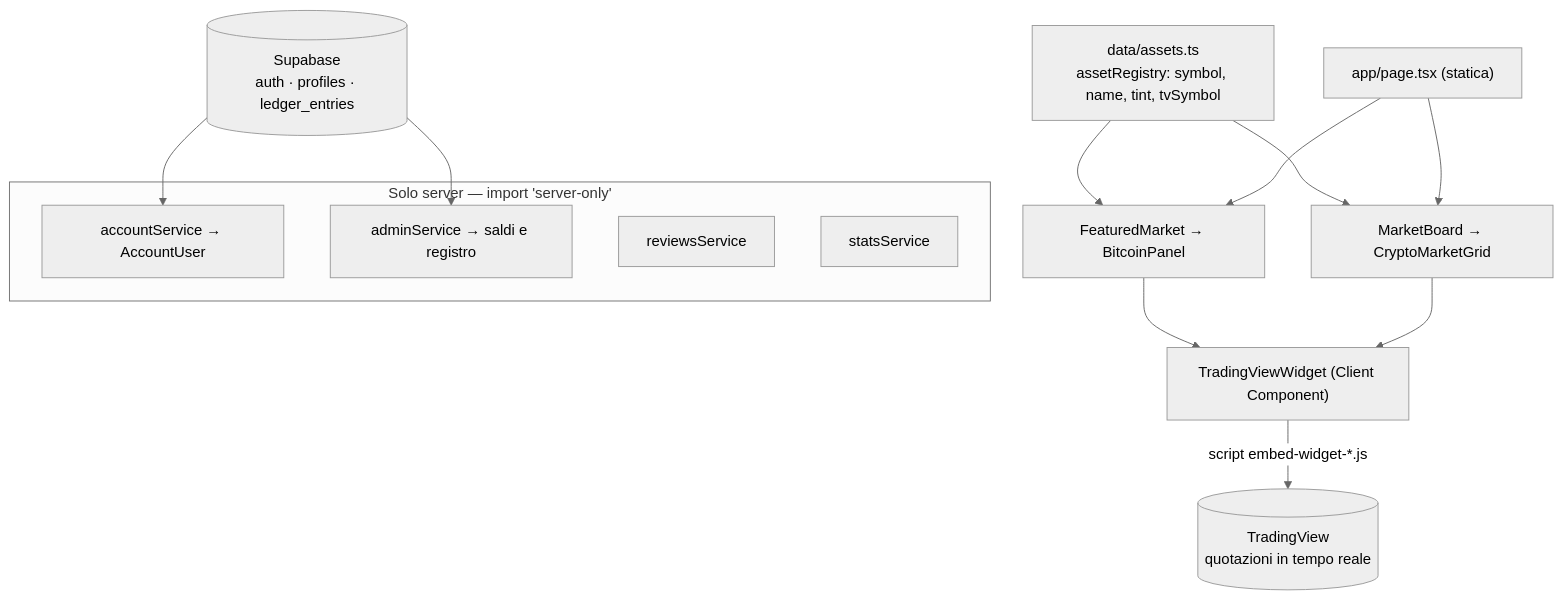
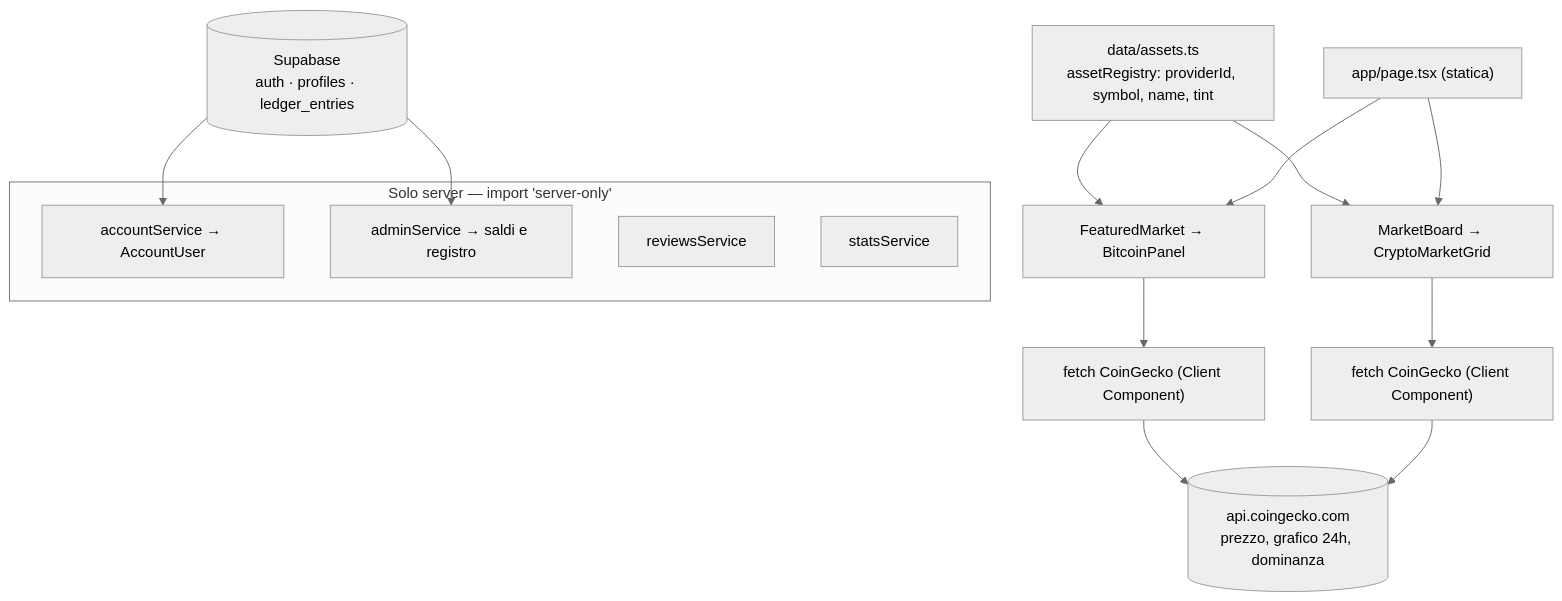
The first of 5 diagrams in README.md (ccr21125-jpg/cr1), drawn with Mermaid (neutral theme) before and after one commit. The commit also changed other lines of this file and 5 other files, not shown here.

First line of the commit message:
Draw the market grid's charts in-house instead of TradingView (#28)

````diff
--- a/README.md
+++ b/README.md
@@ -37,20 +37,21 @@
 ```mermaid
 flowchart TD
-    REG["data/assets.ts<br/>assetRegistry: symbol, name, tint, tvSymbol"]
+    REG["data/assets.ts<br/>assetRegistry: providerId, symbol, name, tint"]
     REG --> FM["FeaturedMarket → BitcoinPanel"]
     REG --> MB["MarketBoard → CryptoMarketGrid"]
-    FM --> TVW["TradingViewWidget (Client Component)"]
-    MB --> TVW
-    TVW -->|"script embed-widget-*.js"| TV[("TradingView<br/>quotazioni in tempo reale")]
+    FM --> CG1["fetch CoinGecko (Client Component)"]
+    MB --> CG2["fetch CoinGecko (Client Component)"]
+    CG1 --> API[("api.coingecko.com<br/>prezzo, grafico 24h, dominanza")]
+    CG2 --> API
     PAGE["app/page.tsx (statica)"] --> FM
     PAGE --> MB
 
     subgraph Server["Solo server — import 'server-only'"]
         ACC["accountService → AccountUser"]
         ADM["adminService → saldi e registro"]
         REV["reviewsService"]
         STA["statsService"]
     end
     SB[("Supabase<br/>auth · profiles · ledger_entries")] --> ACC
     SB --> ADM
 ```
````
